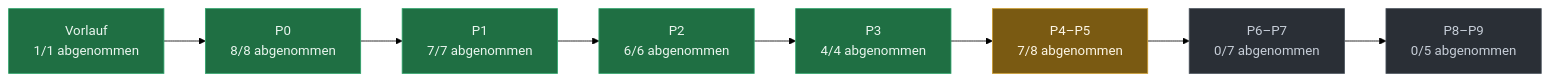
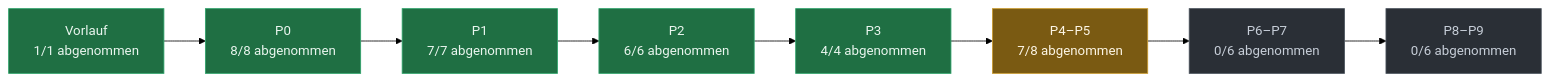
Before and after one commit to evenacadia-tech/Nakama: the diagram in docs/PLAN-STAND.md, drawn with Mermaid (forest theme). The commit also changed other lines of this file, not shown here.

Commit message:
Planstand gerechnet aus a754a992 (33 von 46 abgenommen, 8 offene Fragen, S31b geparkt am Planende)

````diff
--- a/docs/PLAN-STAND.md
+++ b/docs/PLAN-STAND.md
@@ -38,21 +38,21 @@
 ```mermaid
 flowchart LR
   P0["Vorlauf<br/>1/1 abgenommen"]:::fertig
   P1["P0<br/>8/8 abgenommen"]:::fertig
   P0 --> P1
   P2["P1<br/>7/7 abgenommen"]:::fertig
   P1 --> P2
   P3["P2<br/>6/6 abgenommen"]:::fertig
   P2 --> P3
   P4["P3<br/>4/4 abgenommen"]:::fertig
   P3 --> P4
   P5["P4–P5<br/>7/8 abgenommen"]:::laeuft
   P4 --> P5
-  P6["P6–P7<br/>0/7 abgenommen"]:::offen
+  P6["P6–P7<br/>0/6 abgenommen"]:::offen
   P5 --> P6
-  P7["P8–P9<br/>0/5 abgenommen"]:::offen
+  P7["P8–P9<br/>0/6 abgenommen"]:::offen
   P6 --> P7
   classDef fertig fill:#1f6f43,stroke:#2ea36a,color:#eaf6ef
   classDef laeuft fill:#7a5a12,stroke:#c99a2e,color:#fdf6e6
   classDef offen  fill:#2a2f36,stroke:#4a525c,color:#c7ced8
 ```
````
